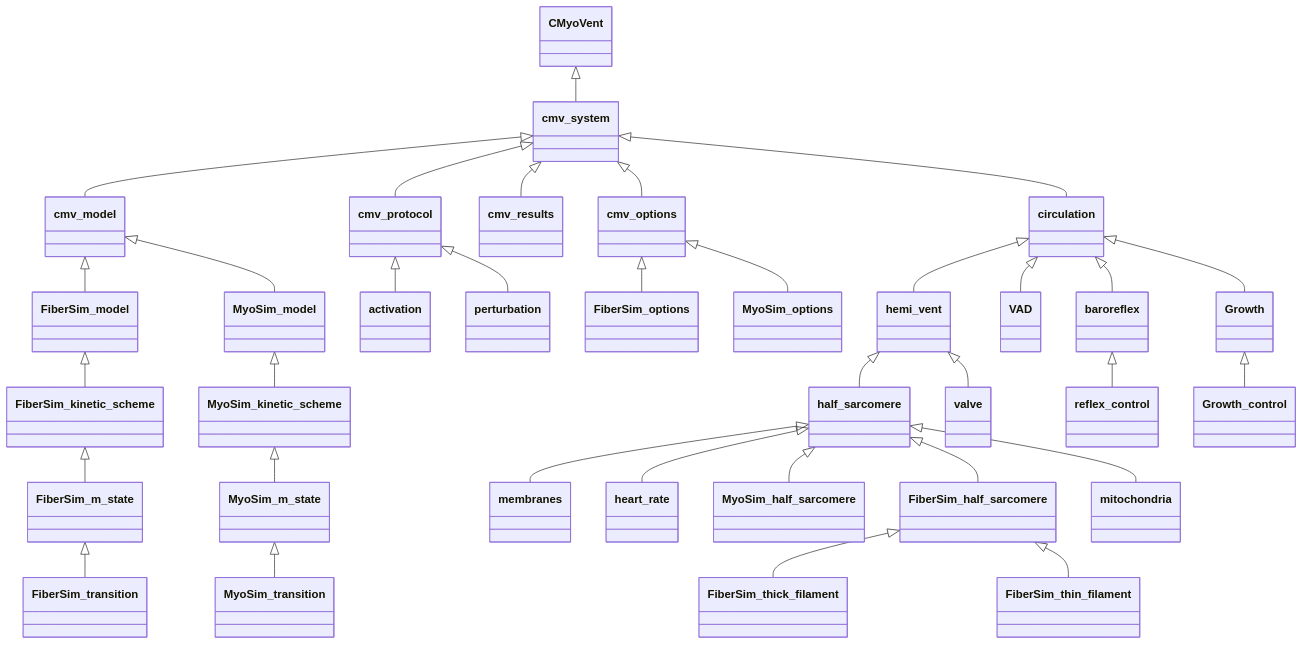
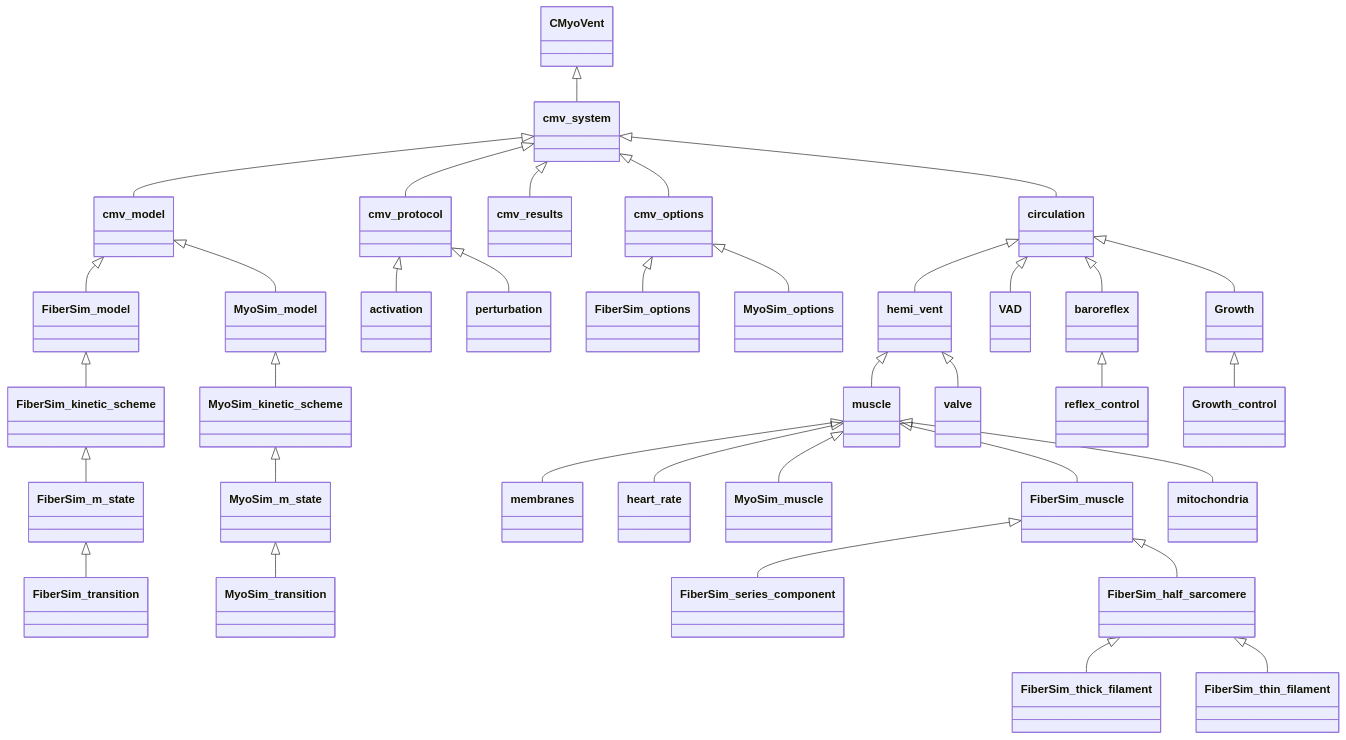
The diagram in README.md (Campbell-Muscle-Lab/MyoVent), drawn with Mermaid before and after one commit. The commit also changed 41 other files, not shown here.

`````diff
--- a/README.md
+++ b/README.md
@@ -3,52 +3,55 @@
 ````mermaid
 
 classDiagram
     
     CMyoVent <|-- cmv_system
     
     cmv_system <|-- cmv_model
     cmv_system <|-- cmv_protocol
     cmv_system <|-- cmv_results
     cmv_system <|-- cmv_options
     cmv_system <|-- circulation
 
     cmv_model <|-- FiberSim_model
     cmv_model <|-- MyoSim_model
 
     cmv_protocol <|-- activation
     cmv_protocol <|-- perturbation
 
     cmv_options <|-- FiberSim_options
     cmv_options <|-- MyoSim_options
 
     circulation <|-- hemi_vent
     circulation <|-- VAD
     circulation <|-- baroreflex
     circulation <|-- Growth
     
-    hemi_vent <|-- half_sarcomere
+    hemi_vent <|-- muscle
     hemi_vent <|-- valve
     
-    half_sarcomere <|-- membranes
-    half_sarcomere <|-- heart_rate
-    half_sarcomere <|-- MyoSim_half_sarcomere
-    half_sarcomere <|-- FiberSim_half_sarcomere
-    half_sarcomere <|-- mitochondria
+    muscle <|-- membranes
+    muscle <|-- heart_rate
+    muscle <|-- MyoSim_muscle
+    muscle <|-- FiberSim_muscle
+    muscle <|-- mitochondria
 
     baroreflex <|-- reflex_control
     
     Growth <|-- Growth_control
     
     FiberSim_model <|-- FiberSim_kinetic_scheme
     FiberSim_kinetic_scheme <|-- FiberSim_m_state
     FiberSim_m_state <|-- FiberSim_transition
     
     MyoSim_model <|-- MyoSim_kinetic_scheme
     MyoSim_kinetic_scheme <|-- MyoSim_m_state
     MyoSim_m_state <|-- MyoSim_transition
 
+    FiberSim_muscle <|-- FiberSim_series_component
+    FiberSim_muscle <|-- FiberSim_half_sarcomere
+
     FiberSim_half_sarcomere <|-- FiberSim_thick_filament
     FiberSim_half_sarcomere <|-- FiberSim_thin_filament
 
 
 ````
`````
